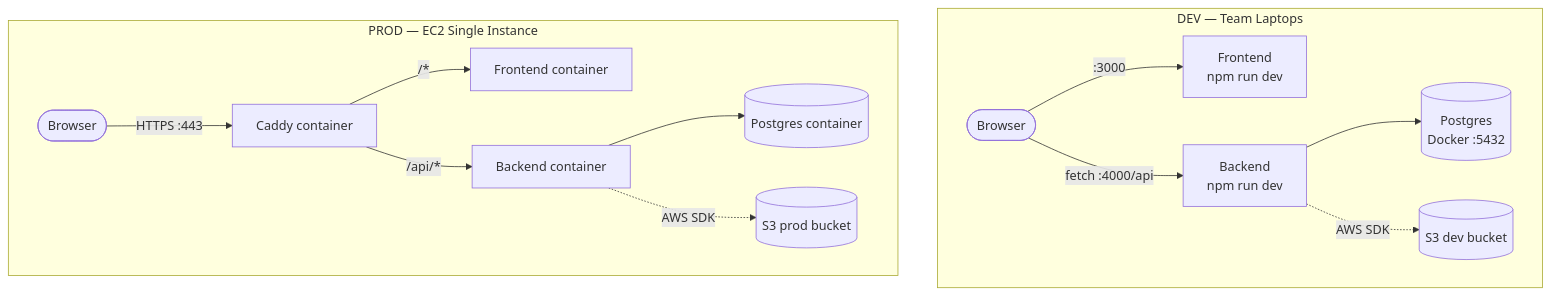
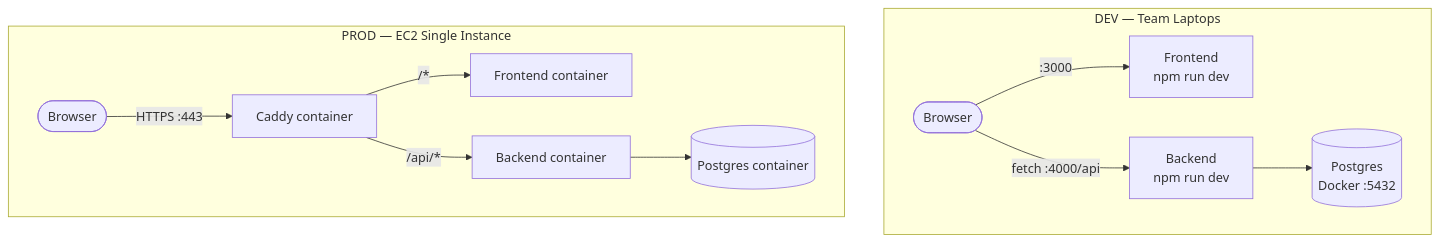
Before and after one commit to Zen0space/R2-D2-Finhack: the sixth of 8 diagrams in ARCHITECTURE.md, drawn with Mermaid. The commit also changed other lines of this file and 26 other files, not shown here.

````diff
--- a/ARCHITECTURE.md
+++ b/ARCHITECTURE.md
@@ -269,19 +212,17 @@
 ```mermaid
 graph TB
     subgraph Dev["DEV — Team Laptops"]
         direction LR
         DBrowser([Browser]) -->|:3000| DF[Frontend<br/>npm run dev]
         DBrowser -->|fetch :4000/api| DA[Backend<br/>npm run dev]
         DA --> DP[(Postgres<br/>Docker :5432)]
-        DA -.->|AWS SDK| DS3[(S3 dev bucket)]
     end
 
     subgraph Prod["PROD — EC2 Single Instance"]
         direction LR
         PBrowser([Browser]) -->|HTTPS :443| PC[Caddy container]
         PC -->|"/*"| PF[Frontend container]
         PC -->|"/api/*"| PA[Backend container]
         PA --> PP[(Postgres container)]
-        PA -.->|AWS SDK| PS3[(S3 prod bucket)]
     end
 ```
````
